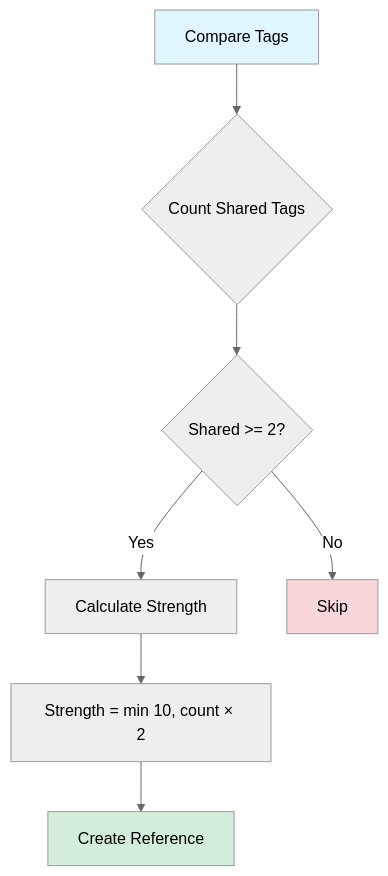
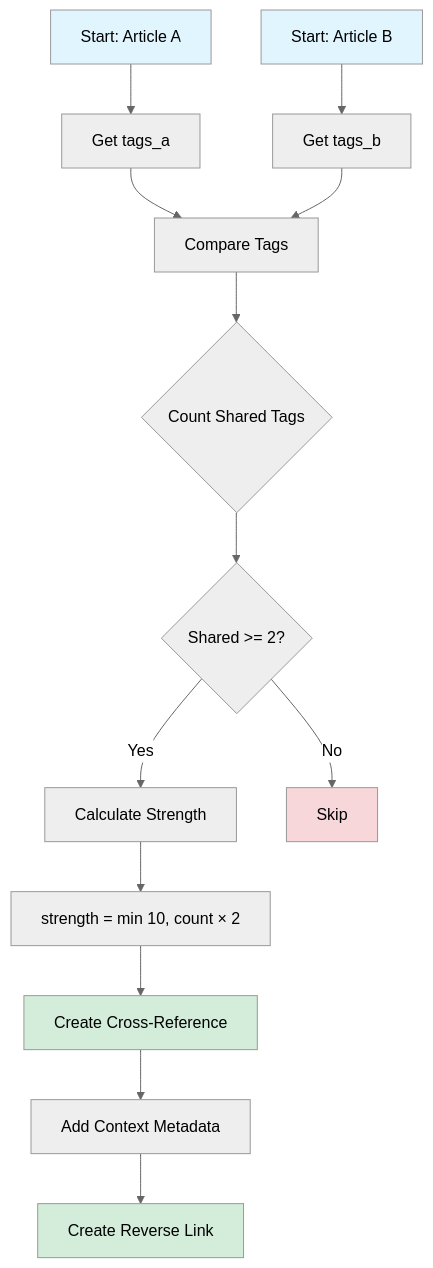
One commit to dhruvrakesh/srangam-42267 changed the fourth of 10 diagrams in docs/architecture/CROSS_REFERENCE_SYSTEM.md. Above: the diagram before and after it, drawn with Mermaid (neutral theme). The commit also changed other lines of this file and 3 other files, not shown here.

````diff
--- a/docs/architecture/CROSS_REFERENCE_SYSTEM.md
+++ b/docs/architecture/CROSS_REFERENCE_SYSTEM.md
@@ -75,13 +205,25 @@
 ```mermaid
 flowchart TD
-    A[Compare Tags] --> B{Count Shared Tags}
-    B --> C{Shared >= 2?}
-    C -->|Yes| D[Calculate Strength]
-    C -->|No| E[Skip]
-    D --> F[Strength = min 10, count × 2]
-    F --> G[Create Reference]
+    A[Start: Article A] --> B[Get tags_a]
+    C[Start: Article B] --> D[Get tags_b]
+    
+    B --> E[Compare Tags]
+    D --> E
+    
+    E --> F{Count Shared Tags}
+    F --> G{Shared >= 2?}
+    
+    G -->|Yes| H[Calculate Strength]
+    G -->|No| I[Skip]
+    
+    H --> J[strength = min 10, count × 2]
+    J --> K[Create Cross-Reference]
+    K --> L[Add Context Metadata]
+    L --> M[Create Reverse Link]
     
     style A fill:#e1f5ff
-    style G fill:#d4edda
-    style E fill:#f8d7da
+    style C fill:#e1f5ff
+    style K fill:#d4edda
+    style M fill:#d4edda
+    style I fill:#f8d7da
 ```
````
